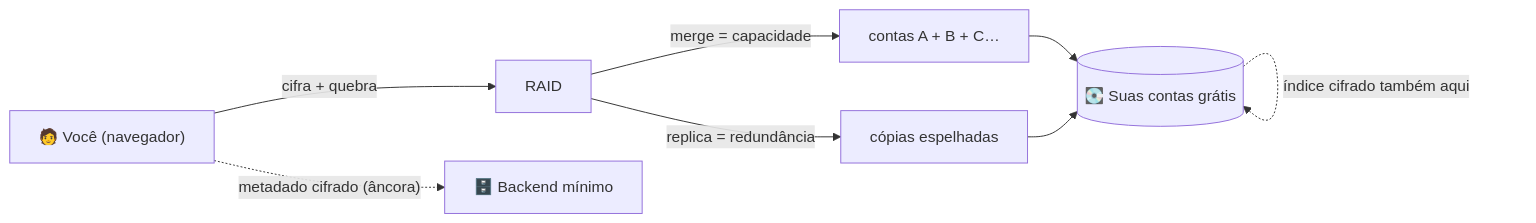
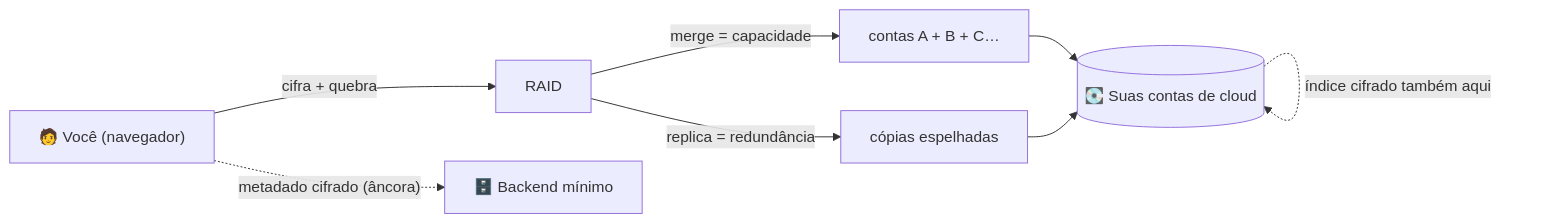
Before and after one commit to Shard-Sphere/.github: the first of 7 diagrams in README.md, drawn with Mermaid. The commit also changed other lines of this file and 1 other file, not shown here.

Commit message:
docs: 'grátis/gratuito' → 'serviços de cloud' (com exemplos entre parênteses)

````diff
--- a/README.md
+++ b/README.md
@@ -35,10 +35,10 @@
 ```mermaid
 flowchart LR
     U["🧑 Você (navegador)"] -->|"cifra + quebra"| RAID
     RAID -->|merge = capacidade| M["contas A + B + C…"]
     RAID -->|replica = redundância| R["cópias espelhadas"]
     U -.->|"metadado cifrado (âncora)"| S["🗄️ Backend mínimo"]
-    M --> D[("💽 Suas contas grátis")]
+    M --> D[("💽 Suas contas de cloud")]
     R --> D
     D -.->|"índice cifrado também aqui"| D
 ```
````
